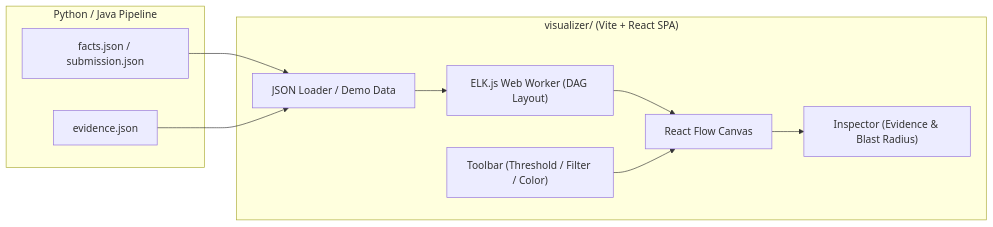
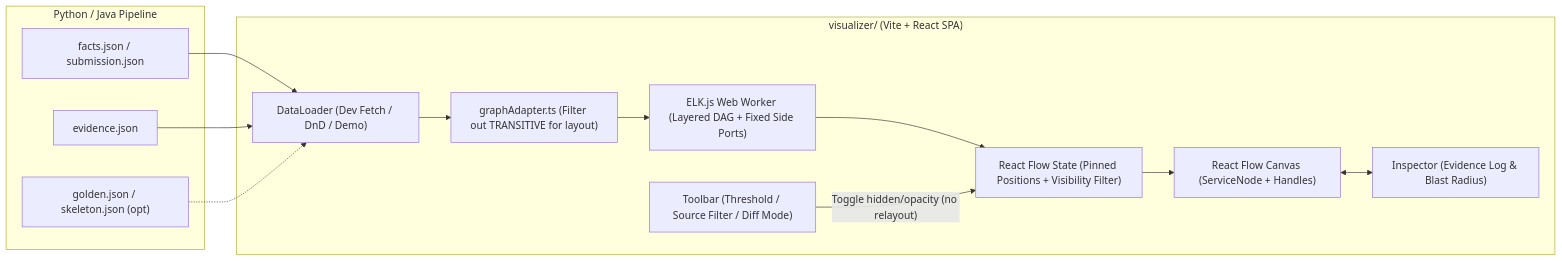
The diagram in docs/adr/adr-002_react_flow_visualizer.md (teamv39/archonity), drawn with Mermaid before and after one commit. The commit also changed other lines of this file and 8 other files, not shown here.

Commit message:
fix: stabilize graph layout and prevent edge loss on filter/threshold toggling

````diff
--- a/docs/adr/adr-002_react_flow_visualizer.md
+++ b/docs/adr/adr-002_react_flow_visualizer.md
@@ -52,23 +56,29 @@
 ```mermaid
 flowchart LR
     subgraph Pipeline["Python / Java Pipeline"]
         F["facts.json / submission.json"]
         E["evidence.json"]
+        G["golden.json / skeleton.json (opt)"]
     end
 
     subgraph VisualizerApp["visualizer/ (Vite + React SPA)"]
-        Loader["JSON Loader / Demo Data"]
-        Worker["ELK.js Web Worker (DAG Layout)"]
-        Canvas["React Flow Canvas"]
-        Toolbar["Toolbar (Threshold / Filter / Color)"]
-        Sidebar["Inspector (Evidence & Blast Radius)"]
+        Loader["DataLoader (Dev Fetch / DnD / Demo)"]
+        Adapter["graphAdapter.ts (Filter out TRANSITIVE for layout)"]
+        Worker["ELK.js Web Worker (Layered DAG + Fixed Side Ports)"]
+        State["React Flow State (Pinned Positions + Visibility Filter)"]
+        Canvas["React Flow Canvas (ServiceNode + Handles)"]
+        Toolbar["Toolbar (Threshold / Source Filter / Diff Mode)"]
+        Sidebar["Inspector (Evidence Log & Blast Radius)"]
 
-        Loader --> Worker
-        Worker --> Canvas
-        Toolbar --> Canvas
-        Canvas --> Sidebar
+        Loader --> Adapter
+        Adapter --> Worker
+        Worker --> State
+        Toolbar -->|"Toggle hidden/opacity (no relayout)"| State
+        State --> Canvas
+        Canvas <--> Sidebar
     end
 
     F --> Loader
     E --> Loader
+    G -.-> Loader
 ```
````
